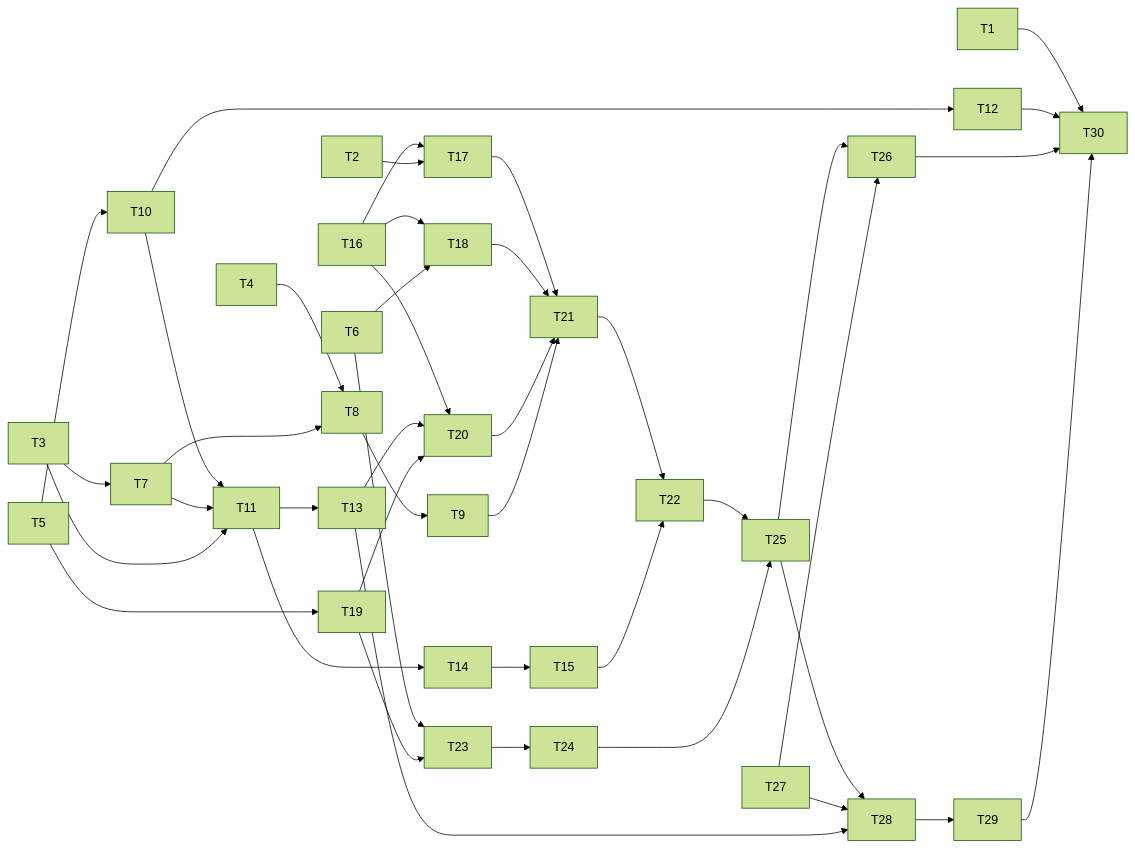
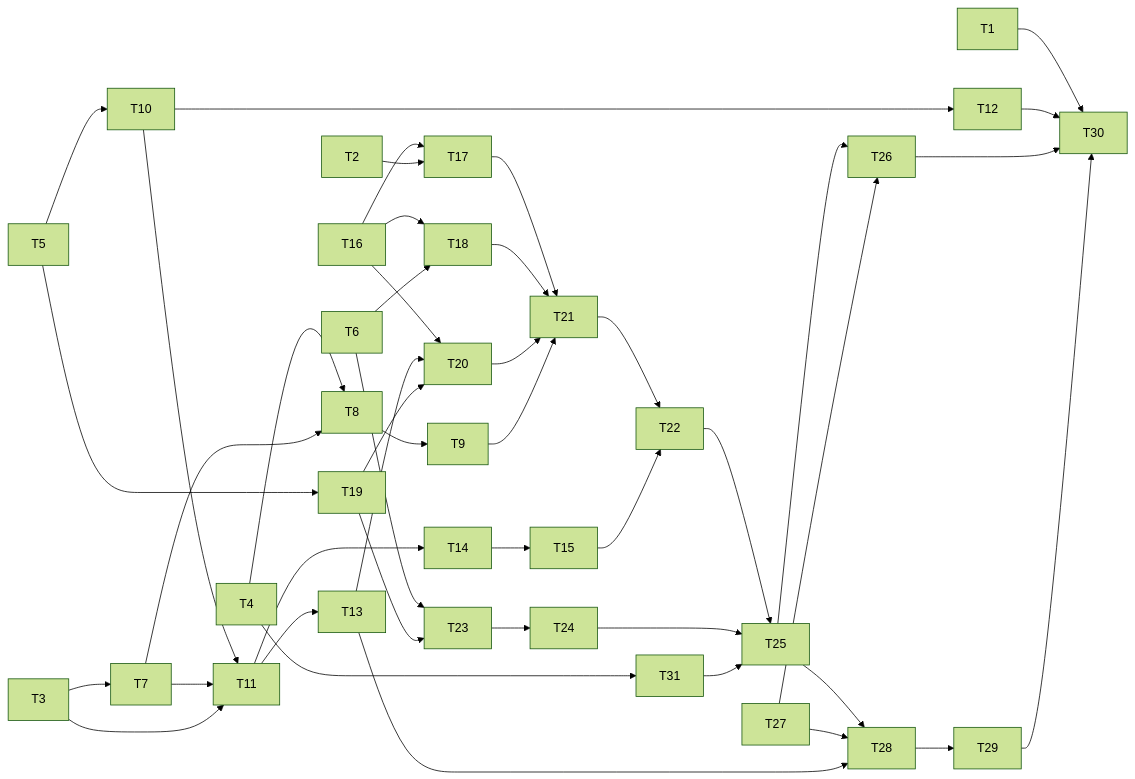
The diagram in planning/specs/review-queue-hud.md (liaden/lain), drawn with Mermaid (forest theme) before and after one commit. The commit also changed other lines of this file and 2 other files, not shown here.

````diff
--- a/planning/specs/review-queue-hud.md
+++ b/planning/specs/review-queue-hud.md
@@ -163,44 +171,46 @@
 ```mermaid
 flowchart LR
   T3 --> T7
   T4 --> T8
   T7 --> T8
   T8 --> T9
   T5 --> T10
   T10 --> T11
   T7 --> T11
   T3 --> T11
   T10 --> T12
   T11 --> T13
   T11 --> T14
   T14 --> T15
   T16 --> T17
   T2 --> T17
   T16 --> T18
   T6 --> T18
   T5 --> T19
   T16 --> T20
   T13 --> T20
   T19 --> T20
   T17 --> T21
   T18 --> T21
   T20 --> T21
   T9 --> T21
   T21 --> T22
   T15 --> T22
   T6 --> T23
   T19 --> T23
   T23 --> T24
   T22 --> T25
   T24 --> T25
+  T31 --> T25
+  T4 --> T31
   T25 --> T26
   T27 --> T26
   T25 --> T28
   T27 --> T28
   T13 --> T28
   T28 --> T29
   T1 --> T30
   T12 --> T30
   T26 --> T30
   T29 --> T30
 ```
````
